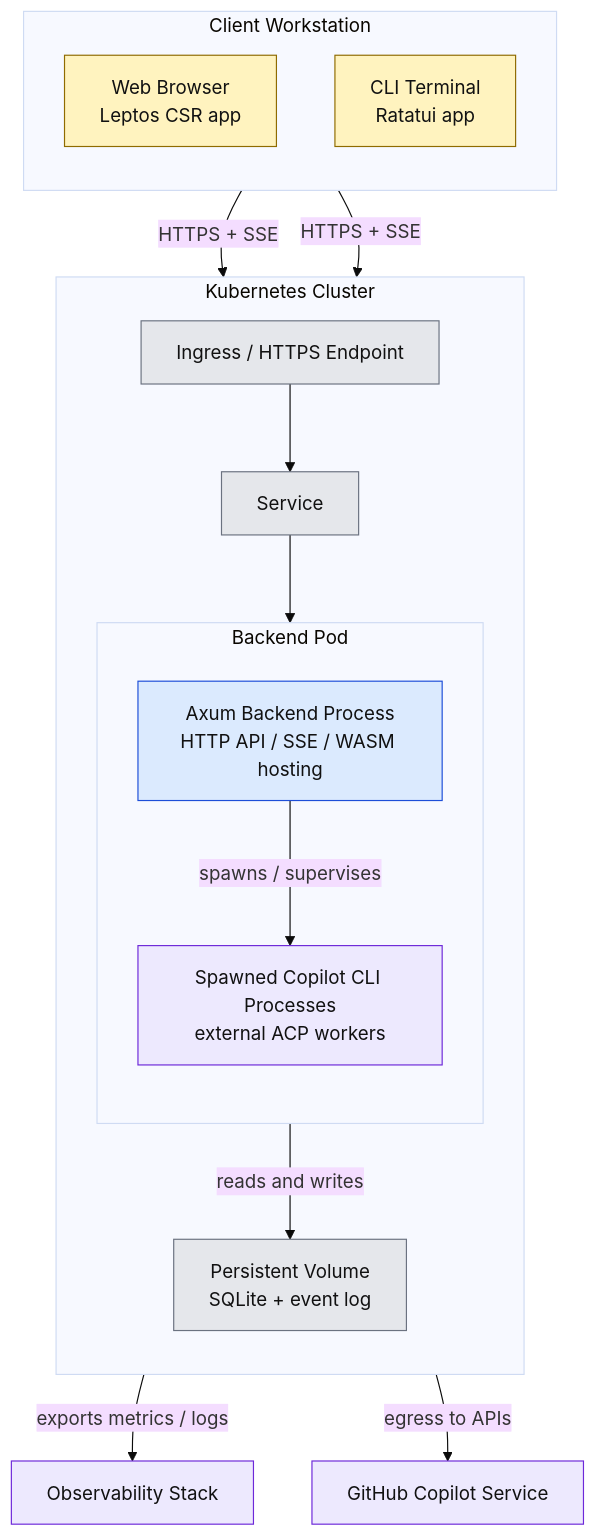
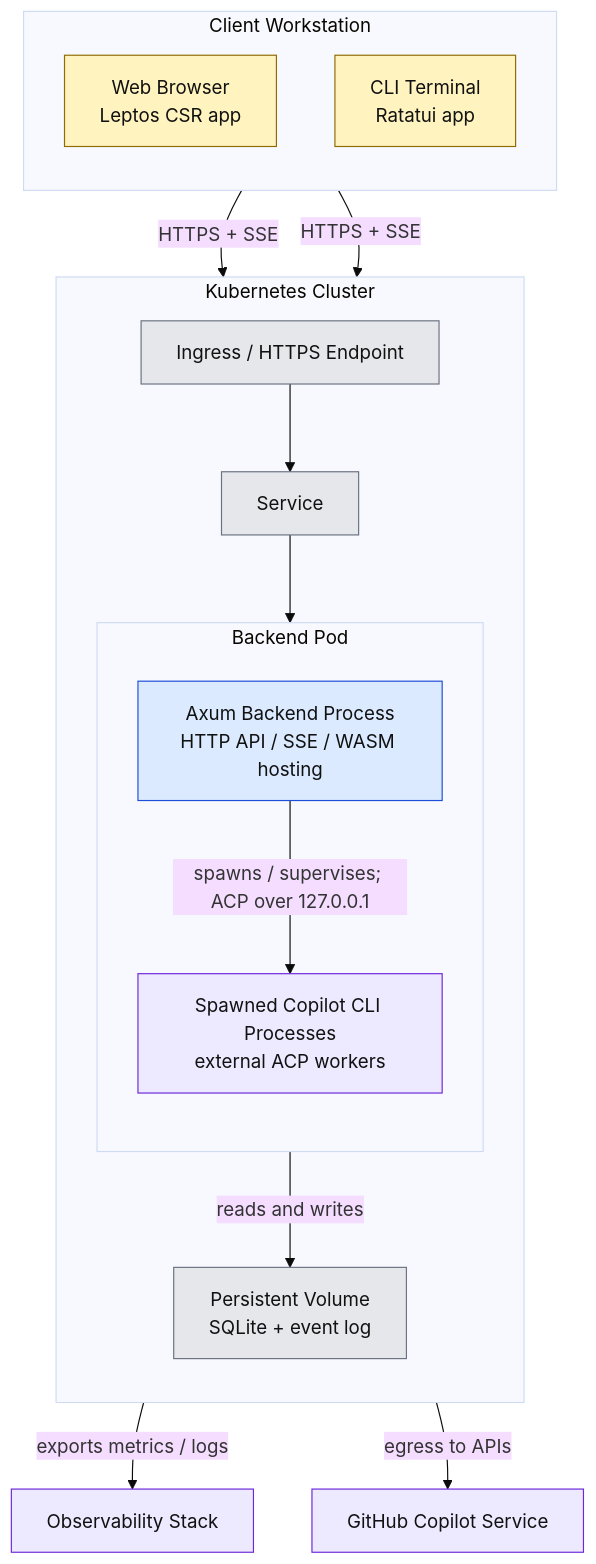
Before and after one commit to chalharu/copilot-sandbox-container: the fourth of 12 diagrams in docs/explanation/acp-web-cli-architecture.md, drawn with Mermaid (base theme). The commit also changed other lines of this file, not shown here.

Commit message:
docs(explanation): harden ACP web CLI design

````diff
--- a/docs/explanation/acp-web-cli-architecture.md
+++ b/docs/explanation/acp-web-cli-architecture.md
@@ -192,44 +192,44 @@
 ```mermaid
 flowchart TB
     subgraph workstation["Client Workstation"]
         direction TB
         browser["Web Browser<br/>Leptos CSR app"]
         terminal["CLI Terminal<br/>Ratatui app"]
     end
 
     subgraph cluster["Kubernetes Cluster"]
         direction TB
         ingress["Ingress / HTTPS Endpoint"]
         service["Service"]
 
         subgraph backendPod["Backend Pod"]
             direction TB
             axum["Axum Backend Process<br/>HTTP API / SSE / WASM hosting"]
             workerPool["Spawned Copilot CLI Processes<br/>external ACP workers"]
         end
 
         volume["Persistent Volume<br/>SQLite + event log"]
     end
 
     observability["Observability Stack"]
     githubCopilot["GitHub Copilot Service"]
 
     browser -->|HTTPS + SSE| ingress
     terminal -->|HTTPS + SSE| ingress
     ingress --> service
     service --> axum
-    axum -->|spawns / supervises| workerPool
+    axum -->|spawns / supervises; ACP over 127.0.0.1| workerPool
     axum -->|reads and writes| volume
     axum -->|exports metrics / logs| observability
     workerPool -->|egress to APIs| githubCopilot
 
     classDef client fill:#fff3bf,stroke:#8f6b00,color:#111;
     classDef node fill:#e5e7eb,stroke:#6b7280,color:#111;
     classDef workload fill:#dbeafe,stroke:#1d4ed8,color:#111;
     classDef external fill:#ede9fe,stroke:#6d28d9,color:#111;
 
     class browser,terminal client;
     class ingress,service,volume node;
     class axum workload;
     class workerPool,observability,githubCopilot external;
 ```
````
